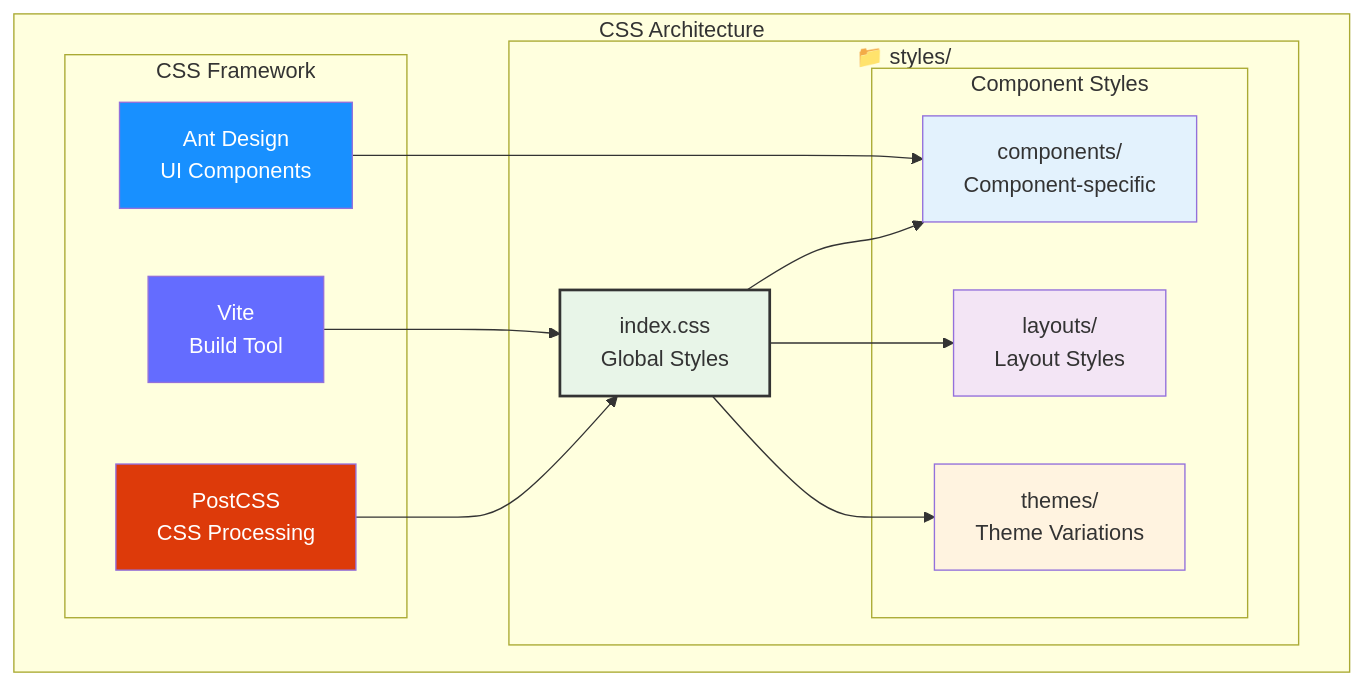
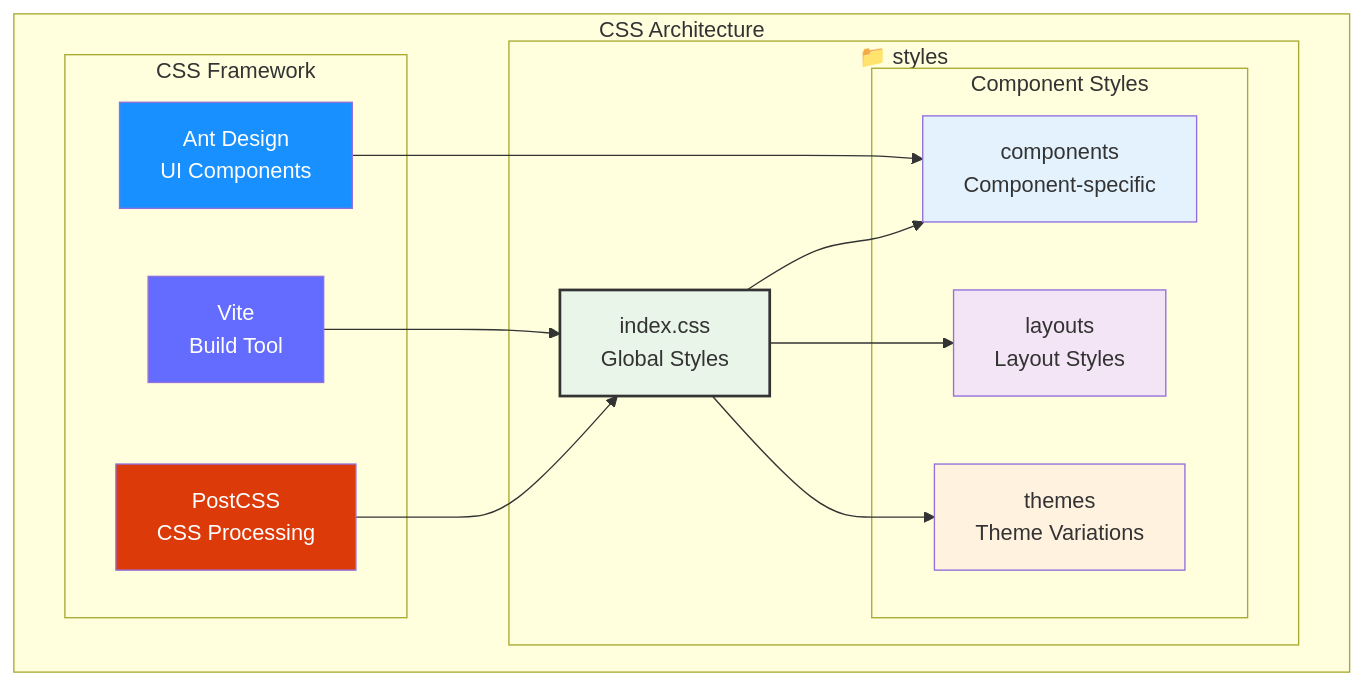
The seventh of 7 diagrams in frontend/docs/STRUCTURE.md (dammanhdungvn/teenup), drawn with Mermaid before and after one commit. The commit also changed other lines of this file and 1 other file, not shown here.

````diff
--- a/frontend/docs/STRUCTURE.md
+++ b/frontend/docs/STRUCTURE.md
@@ -332,35 +332,35 @@
 ```mermaid
 graph TD
     subgraph "CSS Architecture"
-        subgraph "📁 styles/"
+        subgraph "📁 styles"
             G[index.css<br/>Global Styles]
             
             subgraph "Component Styles"
-                CS[components/<br/>Component-specific]
-                LS[layouts/<br/>Layout Styles]
-                TS[themes/<br/>Theme Variations]
+                CS[components<br/>Component-specific]
+                LS[layouts<br/>Layout Styles]
+                TS[themes<br/>Theme Variations]
             end
         end
         
         subgraph "CSS Framework"
             AD[Ant Design<br/>UI Components]
             V[Vite<br/>Build Tool]
             P[PostCSS<br/>CSS Processing]
         end
         
         G --> CS
         G --> LS
         G --> TS
         AD --> CS
         V --> G
         P --> G
     end
     
     style G fill:#e8f5e8,stroke:#333,stroke-width:2px
     style CS fill:#e3f2fd
     style LS fill:#f3e5f5
     style TS fill:#fff3e0
     style AD fill:#1890ff,color:#fff
     style V fill:#646cff,color:#fff
     style P fill:#dd3a0a,color:#fff
 ```
````
